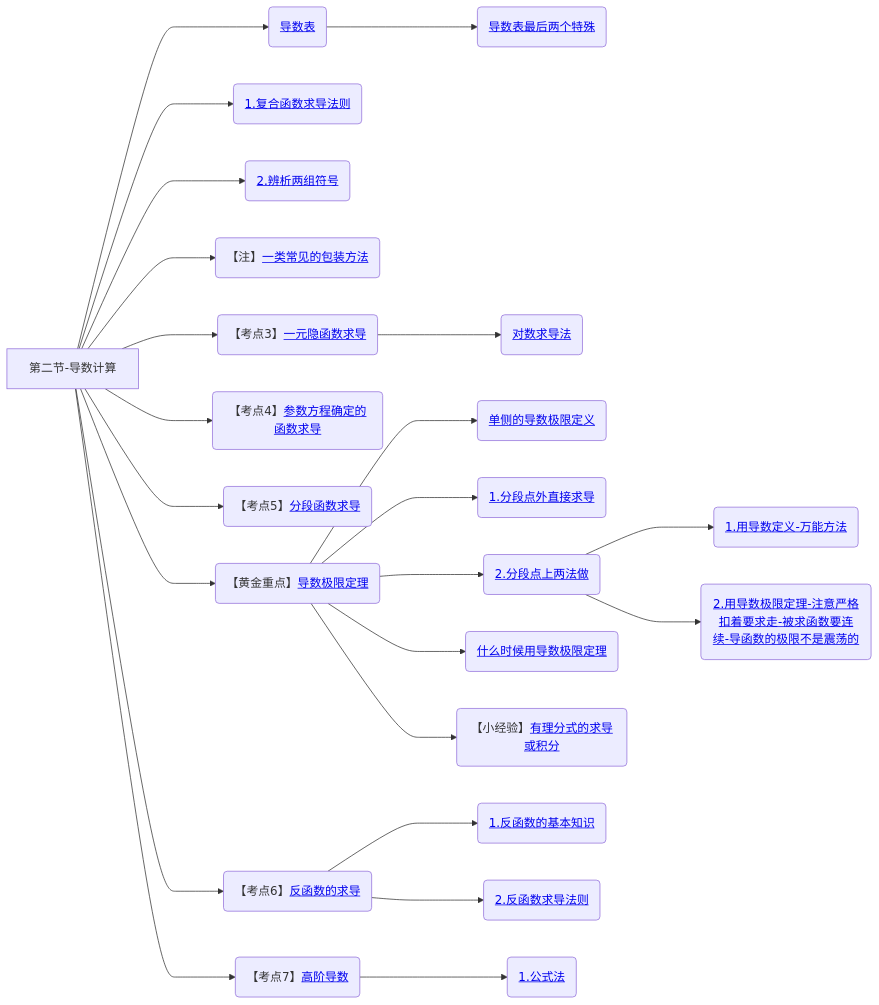
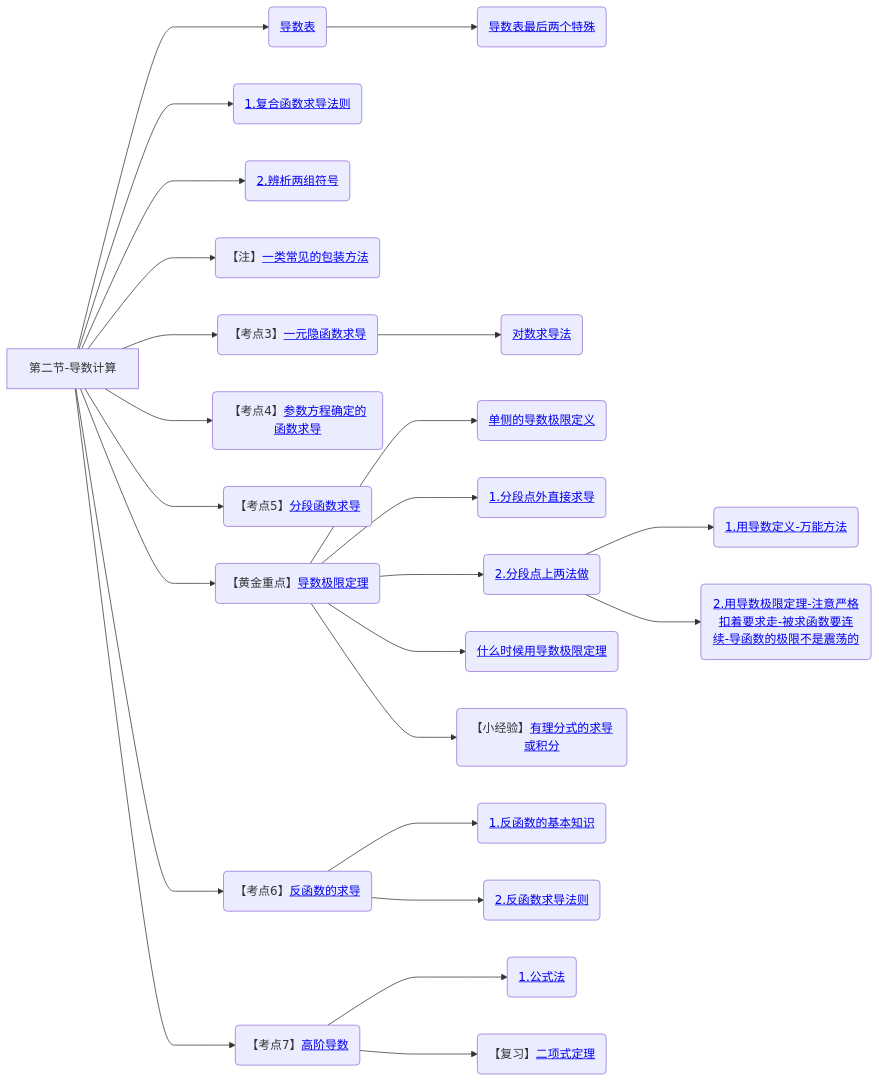
Diagram 12 of 12 in 笔记/数学/周洋鑫/01.基础班思维导图.md (yuebinghui/note), drawn with Mermaid before and after one commit. The commit also changed 5 other files, not shown here.

````diff
--- a/笔记/数学/周洋鑫/01.基础班思维导图.md
+++ b/笔记/数学/周洋鑫/01.基础班思维导图.md
@@ -454,37 +454,39 @@
 ```mermaid
 graph LR
 第二节-导数计算
 
 第二节-导数计算--->导数表(<a href="/Users/yuebinghui/Documents/program/github/note/笔记/数学/周洋鑫/零基础提前学/11.1零基础核心考点精讲10-1.md#导数表-必须记住">导数表</>)
 导数表--->导数表最后两个特殊(<a href="/Users/yuebinghui/Documents/program/github/note/笔记/数学/周洋鑫/零基础提前学/11.1零基础核心考点精讲10-1.md#导数表最后两个特殊">导数表最后两个特殊</>)
 第二节-导数计算--->复合函数求导法则(<a href="/Users/yuebinghui/Documents/program/github/note/笔记/数学/周洋鑫/基础班/12.导数计算_1.md#复合函数求导法则">1.复合函数求导法则</>)
 第二节-导数计算--->2.辨析两组符号(<a href="/Users/yuebinghui/Documents/program/github/note/笔记/数学/周洋鑫/基础班/12.导数计算_1.md#2.辨析两组符号">2.辨析两组符号</>)
 
 第二节-导数计算--->一类常见的包装方法(【注】<a href="/Users/yuebinghui/Documents/program/github/note/笔记/数学/周洋鑫/基础班/12.导数计算_1.md#一类常见的包装方法">一类常见的包装方法</>)
 
 第二节-导数计算--->一元隐函数求导(【考点3】<a href="/Users/yuebinghui/Documents/program/github/note/笔记/数学/周洋鑫/基础班/12.导数计算_1.md#一元隐函数求导">一元隐函数求导</>)
 
 一元隐函数求导--->对数求导法(<a href="/Users/yuebinghui/Documents/program/github/note/笔记/数学/周洋鑫/基础班/13.导数计算_2.md#对数求导法">对数求导法</>)
 
 第二节-导数计算--->参数方程确定的函数求导(【考点4】<a href="/Users/yuebinghui/Documents/program/github/note/笔记/数学/周洋鑫/基础班/13.导数计算_2.md#参数方程确定的函数求导">参数方程确定的函数求导</>)
 
 第二节-导数计算--->分段函数求导(【考点5】<a href="/Users/yuebinghui/Documents/program/github/note/笔记/数学/周洋鑫/基础班/13.导数计算_2.md#分段函数求导">分段函数求导</>)
 
 第二节-导数计算--->导数极限定理(【黄金重点】<a href="/Users/yuebinghui/Documents/program/github/note/笔记/数学/周洋鑫/基础班/13.导数计算_2.md#导数极限定理">导数极限定理</>)
 导数极限定理--->单侧的导数极限定义(<a href="/Users/yuebinghui/Documents/program/github/note/笔记/数学/周洋鑫/基础班/13.导数计算_2.md#单侧的导数极限定义">单侧的导数极限定义</>)
 导数极限定理--->1.分段点外直接求导(<a href="/Users/yuebinghui/Documents/program/github/note/笔记/数学/周洋鑫/基础班/13.导数计算_2.md#1.分段点外直接求导">1.分段点外直接求导</>)
 导数极限定理--->2.分段点上两法做(<a href="/Users/yuebinghui/Documents/program/github/note/笔记/数学/周洋鑫/基础班/13.导数计算_2.md#2.分段点上两法做">2.分段点上两法做</>)
 2.分段点上两法做--->1.用导数定义-万能方法(<a href="/Users/yuebinghui/Documents/program/github/note/笔记/数学/周洋鑫/基础班/13.导数计算_2.md#1.用导数定义-万能方法">1.用导数定义-万能方法</>)
 2.分段点上两法做--->2.用导数极限定理-注意严格扣着要求走-被求函数要连续-导函数的极限不是震荡的(<a href="/Users/yuebinghui/Documents/program/github/note/笔记/数学/周洋鑫/基础班/13.导数计算_2.md#2.用导数极限定理-注意严格扣着要求走-被求函数要连续-导函数的极限不是震荡的">2.用导数极限定理-注意严格扣着要求走-被求函数要连续-导函数的极限不是震荡的</>)
 导数极限定理--->什么时候用导数极限定理(<a href="/Users/yuebinghui/Documents/program/github/note/笔记/数学/周洋鑫/基础班/13.导数计算_2.md#什么时候用导数极限定理">什么时候用导数极限定理</>)
 
 导数极限定理--->有理分式的求导或积分(【小经验】<a href="/Users/yuebinghui/Documents/program/github/note/笔记/数学/周洋鑫/基础班/13.导数计算_2.md#有理分式的求导或积分">有理分式的求导或积分</>)
 
 第二节-导数计算--->反函数的求导(【考点6】<a href="/Users/yuebinghui/Documents/program/github/note/笔记/数学/周洋鑫/基础班/13.导数计算_2.md#反函数的求导">反函数的求导</>)
 反函数的求导--->1.反函数的基本知识(<a href="/Users/yuebinghui/Documents/program/github/note/笔记/数学/周洋鑫/基础班/13.导数计算_2.md#1.反函数的基本知识">1.反函数的基本知识</>)
 反函数的求导--->2.反函数求导法则(<a href="/Users/yuebinghui/Documents/program/github/note/笔记/数学/周洋鑫/基础班/13.导数计算_2.md#2.反函数求导法则">2.反函数求导法则</>)
 
 第二节-导数计算--->高阶导数(【考点7】<a href="/Users/yuebinghui/Documents/program/github/note/笔记/数学/周洋鑫/基础班/14.导数的几何意义与微分定义.md#高阶导数">高阶导数</>)
 高阶导数--->1.公式法(<a href="/Users/yuebinghui/Documents/program/github/note/笔记/数学/周洋鑫/基础班/14.导数的几何意义与微分定义.md#1.公式法">1.公式法</>)
 
+高阶导数--->二项式定理(【复习】<a href="/Users/yuebinghui/Documents/program/github/note/笔记/数学/周洋鑫/基础班/14.导数的几何意义与微分定义.md#二项式定理">二项式定理</>)
+
 ```
````
